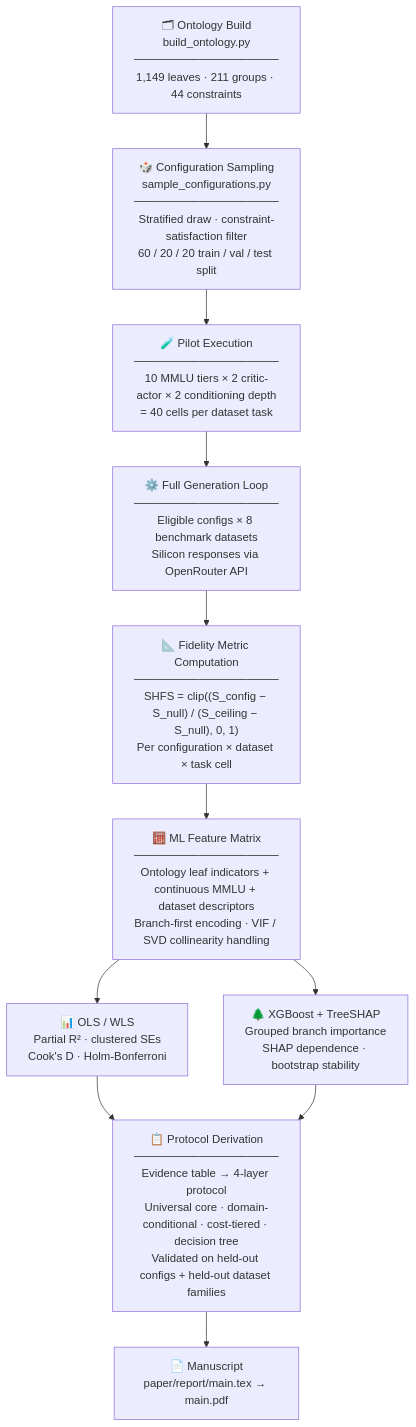
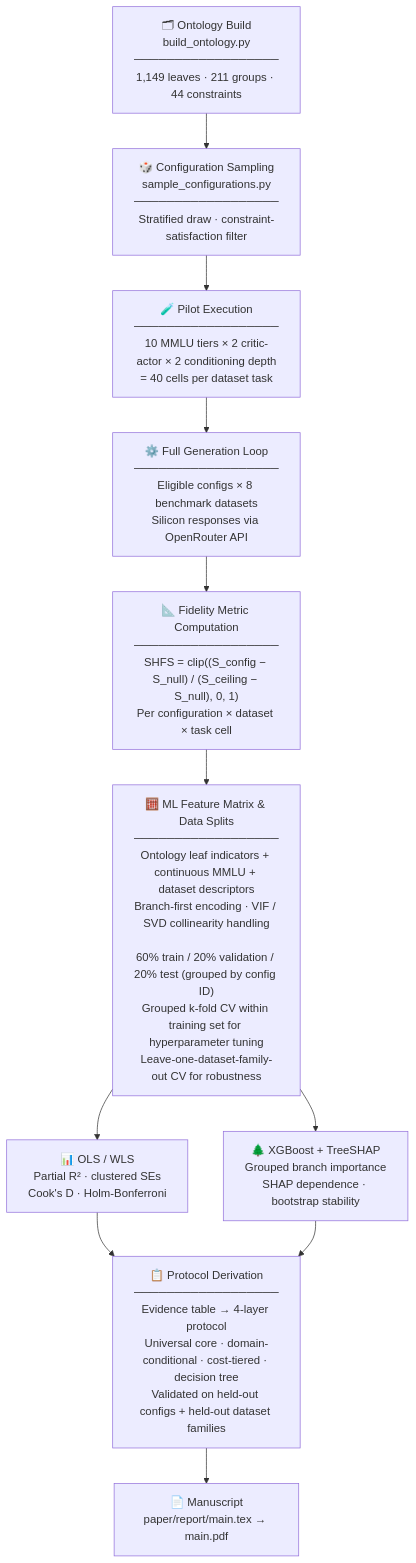
One commit to stvsever/research_paper_on_protocol_for_human_simulation_design changed the diagram in README.md. Above: the diagram before and after it, drawn with Mermaid.

Commit message:
Pipeline: move train/val/test split to ML Feature Matrix stage; clarify grouped CV

````diff
--- a/README.md
+++ b/README.md
@@ -221,20 +221,20 @@
 ```mermaid
 flowchart TD
     A["🗂 Ontology Build\nbuild_ontology.py\n──────────────────\n1,149 leaves · 211 groups · 44 constraints"]
-    B["🎲 Configuration Sampling\nsample_configurations.py\n──────────────────\nStratified draw · constraint-satisfaction filter\n60 / 20 / 20 train / val / test split"]
+    B["🎲 Configuration Sampling\nsample_configurations.py\n──────────────────\nStratified draw · constraint-satisfaction filter"]
     C["🧪 Pilot Execution\n──────────────────\n10 MMLU tiers × 2 critic-actor × 2 conditioning depth\n= 40 cells per dataset task"]
     D["⚙️ Full Generation Loop\n──────────────────\nEligible configs × 8 benchmark datasets\nSilicon responses via OpenRouter API"]
     E["📐 Fidelity Metric Computation\n──────────────────\nSHFS = clip((S_config − S_null) / (S_ceiling − S_null), 0, 1)\nPer configuration × dataset × task cell"]
-    F["🧮 ML Feature Matrix\n──────────────────\nOntology leaf indicators + continuous MMLU + dataset descriptors\nBranch-first encoding · VIF / SVD collinearity handling"]
+    F["🧮 ML Feature Matrix & Data Splits\n──────────────────\nOntology leaf indicators + continuous MMLU + dataset descriptors\nBranch-first encoding · VIF / SVD collinearity handling\n\n60% train / 20% validation / 20% test (grouped by config ID)\nGrouped k-fold CV within training set for hyperparameter tuning\nLeave-one-dataset-family-out CV for robustness"]
     G1["📊 OLS / WLS\nPartial R² · clustered SEs\nCook's D · Holm-Bonferroni"]
     G2["🌲 XGBoost + TreeSHAP\nGrouped branch importance\nSHAP dependence · bootstrap stability"]
     H["📋 Protocol Derivation\n──────────────────\nEvidence table → 4-layer protocol\nUniversal core · domain-conditional · cost-tiered · decision tree\nValidated on held-out configs + held-out dataset families"]
     I["📄 Manuscript\npaper/report/main.tex → main.pdf"]
 
     A --> B --> C --> D --> E --> F
     F --> G1
     F --> G2
     G1 --> H
     G2 --> H
     H --> I
 ```
````
